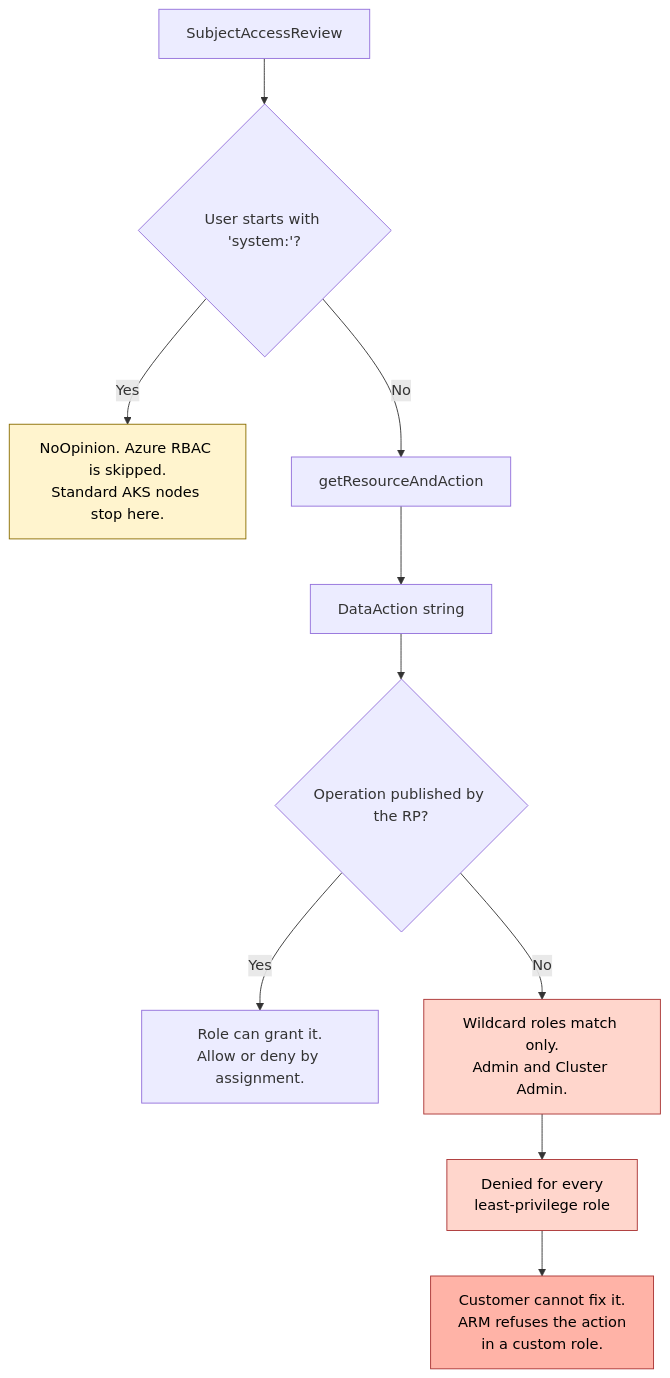
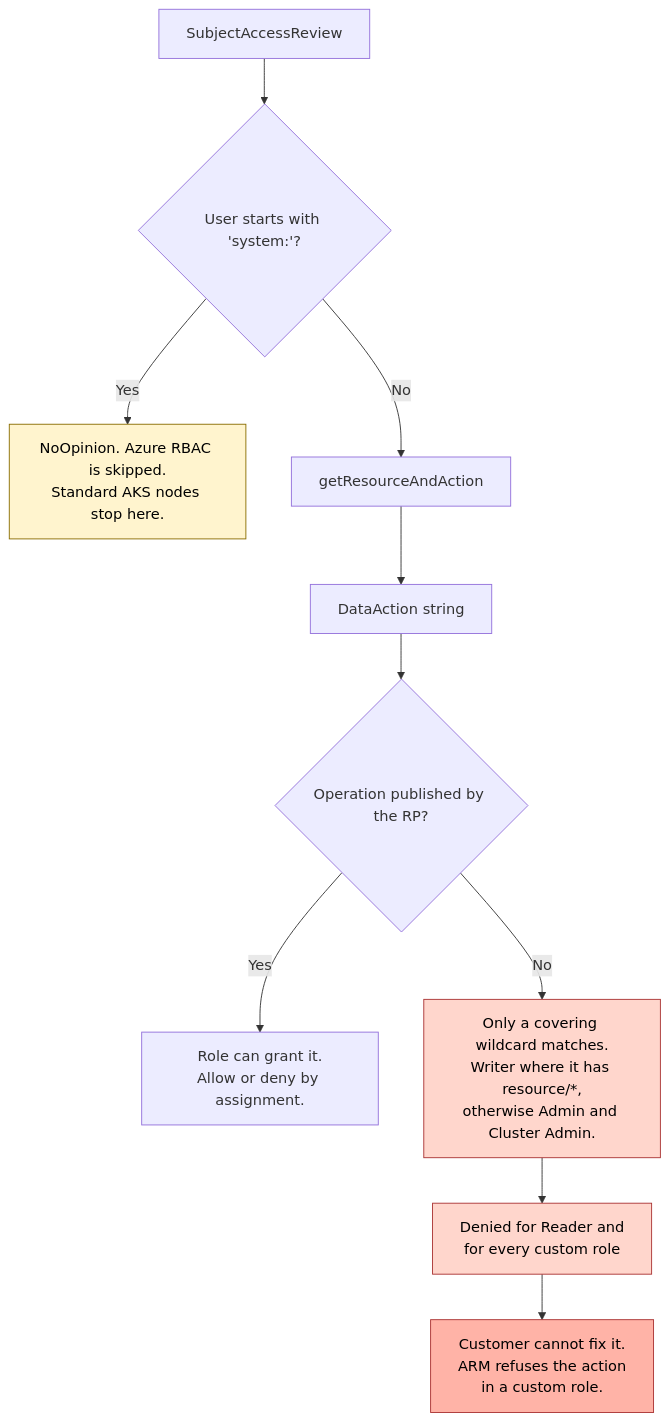
Before and after one commit to Azure/guard: the first of 3 diagrams in authz/providers/azure/README.md, drawn with Mermaid. The commit also changed other lines of this file and 1 other file, not shown here.

First line of the commit message:
docs: correct the built-in role shapes in the DataAction invariant

````diff
--- a/authz/providers/azure/README.md
+++ b/authz/providers/azure/README.md
@@ -185,17 +185,17 @@
 ```mermaid
 flowchart TD
     A[SubjectAccessReview] --> B{User starts with 'system:'?}
     B -->|Yes| C[NoOpinion. Azure RBAC is skipped.<br/>Standard AKS nodes stop here.]
     B -->|No| D[getResourceAndAction]
     D --> E[DataAction string]
     E --> F{Operation published by the RP?}
     F -->|Yes| G[Role can grant it.<br/>Allow or deny by assignment.]
-    F -->|No| H[Wildcard roles match only.<br/>Admin and Cluster Admin.]
-    H --> I[Denied for every<br/>least-privilege role]
+    F -->|No| H["Only a covering wildcard matches.<br/>Writer where it has resource/*,<br/>otherwise Admin and Cluster Admin."]
+    H --> I[Denied for Reader and<br/>for every custom role]
     I --> J[Customer cannot fix it.<br/>ARM refuses the action<br/>in a custom role.]
 
     style C fill:#fff4ce,stroke:#8a6d00,color:#000
     style H fill:#ffd6cc,stroke:#a33,color:#000
     style I fill:#ffd6cc,stroke:#a33,color:#000
     style J fill:#ffb3a7,stroke:#a33,color:#000
 ```
````
